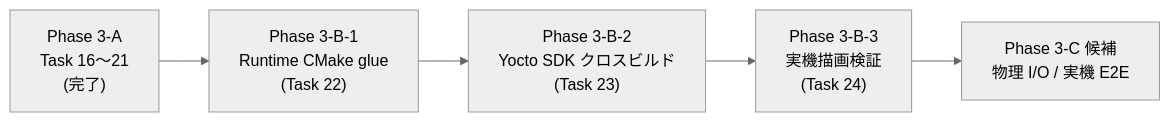
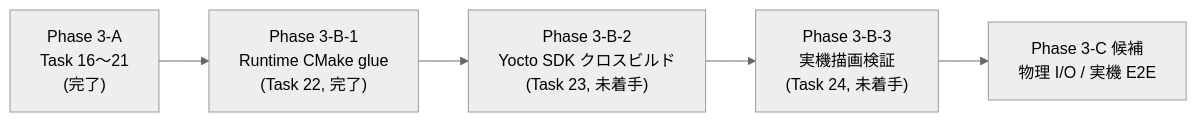
One commit to hang-up33/hmi-platform changed the first of 2 diagrams in Docs/phase3b-runtime-plan.md. Above: the diagram before and after it, drawn with Mermaid (neutral theme). The commit also changed other lines of this file and 9 other files, not shown here.

````diff
--- a/Docs/phase3b-runtime-plan.md
+++ b/Docs/phase3b-runtime-plan.md
@@ -9,7 +9,7 @@
 ```mermaid
 flowchart LR
-    A["Phase 3-A<br/>Task 16〜21<br/>(完了)"] --> B["Phase 3-B-1<br/>Runtime CMake glue<br/>(Task 22)"]
-    B --> C["Phase 3-B-2<br/>Yocto SDK クロスビルド<br/>(Task 23)"]
-    C --> D["Phase 3-B-3<br/>実機描画検証<br/>(Task 24)"]
+    A["Phase 3-A<br/>Task 16〜21<br/>(完了)"] --> B["Phase 3-B-1<br/>Runtime CMake glue<br/>(Task 22, 完了)"]
+    B --> C["Phase 3-B-2<br/>Yocto SDK クロスビルド<br/>(Task 23, 未着手)"]
+    C --> D["Phase 3-B-3<br/>実機描画検証<br/>(Task 24, 未着手)"]
     D --> E["Phase 3-C 候補<br/>物理 I/O / 実機 E2E"]
 ```
````
